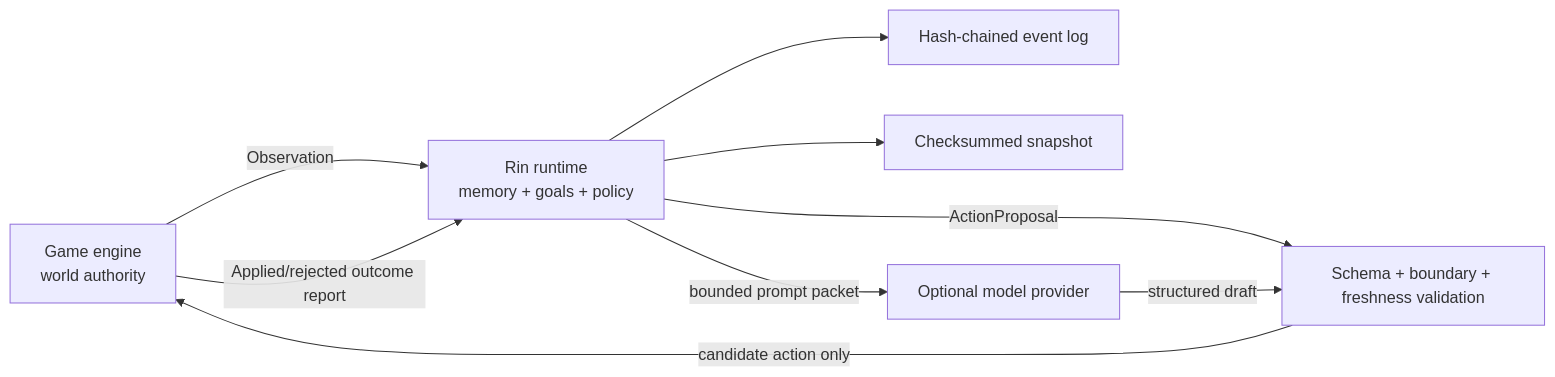
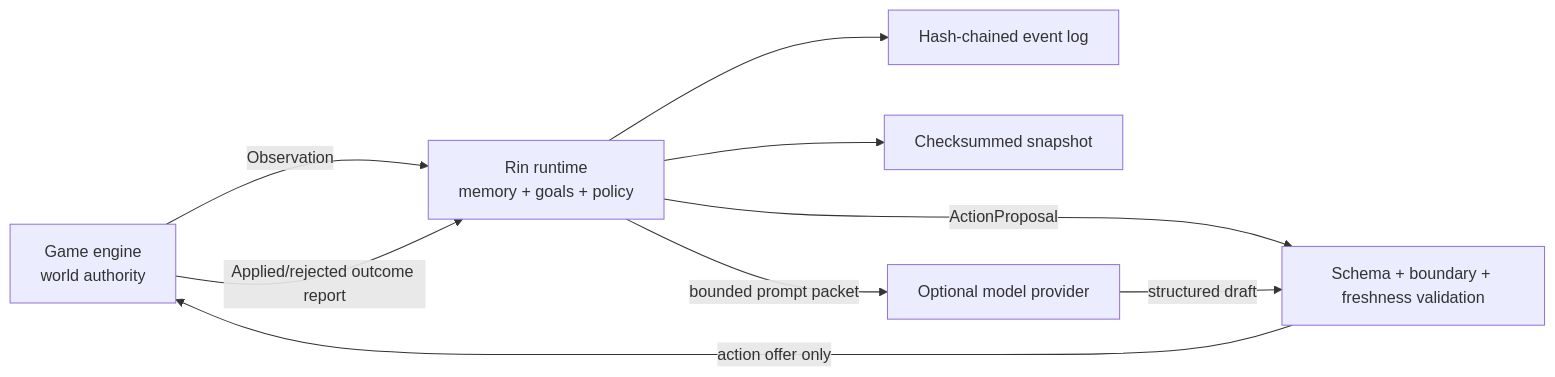
One commit to sunrioa/rin changed the diagram in docs/architecture.md. Above: the diagram before and after it, drawn with Mermaid. The commit also changed other lines of this file and 213 other files, not shown here.

````diff
--- a/docs/architecture.md
+++ b/docs/architecture.md
@@ -14,11 +14,11 @@
 ```mermaid
 flowchart LR
     G["Game engine\nworld authority"] -->|Observation| R["Rin runtime\nmemory + goals + policy"]
     R -->|ActionProposal| V["Schema + boundary + freshness validation"]
-    V -->|candidate action only| G
+    V -->|action offer only| G
     G -->|Applied/rejected outcome report| R
     R --> E["Hash-chained event log"]
     R --> S["Checksummed snapshot"]
     R -->|"bounded prompt packet"| P["Optional model provider"]
     P -->|"structured draft"| V
 ```
````
